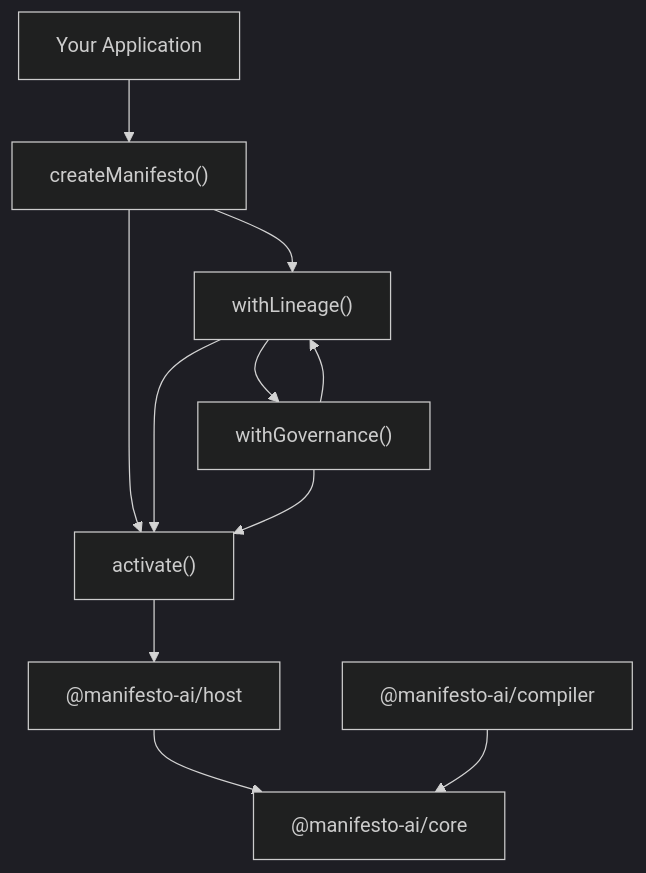
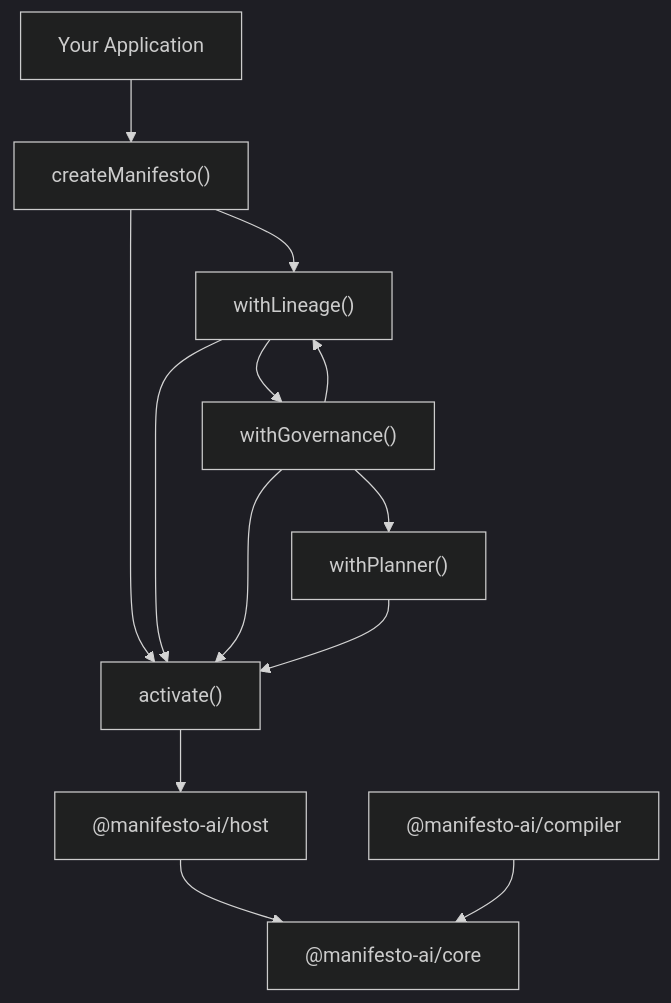
The diagram in docs/api/index.md (manifesto-ai/core), drawn with Mermaid (dark theme) before and after one commit. The commit also changed other lines of this file and 30 other files, not shown here.

````diff
--- a/docs/api/index.md
+++ b/docs/api/index.md
@@ -60,13 +62,15 @@
 ```mermaid
 flowchart TB
   APP["Your Application"] --> SDK["createManifesto()"]
   SDK --> ACT["activate()"]
   SDK --> LIN["withLineage()"]
   LIN --> GOV["withGovernance()"]
+  GOV --> PLAN["withPlanner()"]
   LIN --> ACT
   GOV --> ACT
+  PLAN --> ACT
   ACT --> HOST["@manifesto-ai/host"]
   HOST --> CORE["@manifesto-ai/core"]
   GOV --> LIN
   COMP["@manifesto-ai/compiler"] --> CORE
 ```
````
